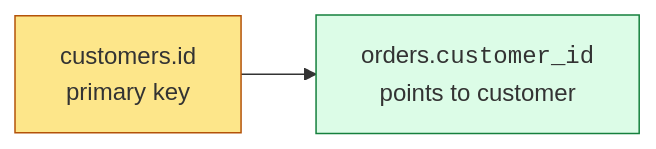
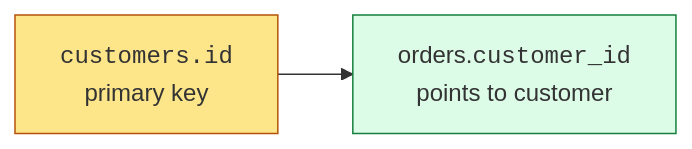
One commit to dataslope/dataslope changed the second of 11 diagrams in content/learn/sqlite-for-beginners/relationships-intro.mdx. Above: the diagram before and after it, drawn with Mermaid. The commit also changed 100 other files, not shown here.

First line of the commit message:
Wrap more code in diagram labels: filenames, hex, assignments, subgraph titles

````diff
--- a/content/learn/sqlite-for-beginners/relationships-intro.mdx
+++ b/content/learn/sqlite-for-beginners/relationships-intro.mdx
@@ -35,6 +35,6 @@
 ```mermaid
 flowchart LR
-    C["customers.id<br/>primary key"]:::pk --> O["orders.<code>customer_id</code><br/>points to customer"]:::fk
+    C["<code>customers.id</code><br/>primary key"]:::pk --> O["orders.<code>customer_id</code><br/>points to customer"]:::fk
     classDef pk fill:#fde68a,stroke:#b45309
     classDef fk fill:#dcfce7,stroke:#15803d
 ```
````
